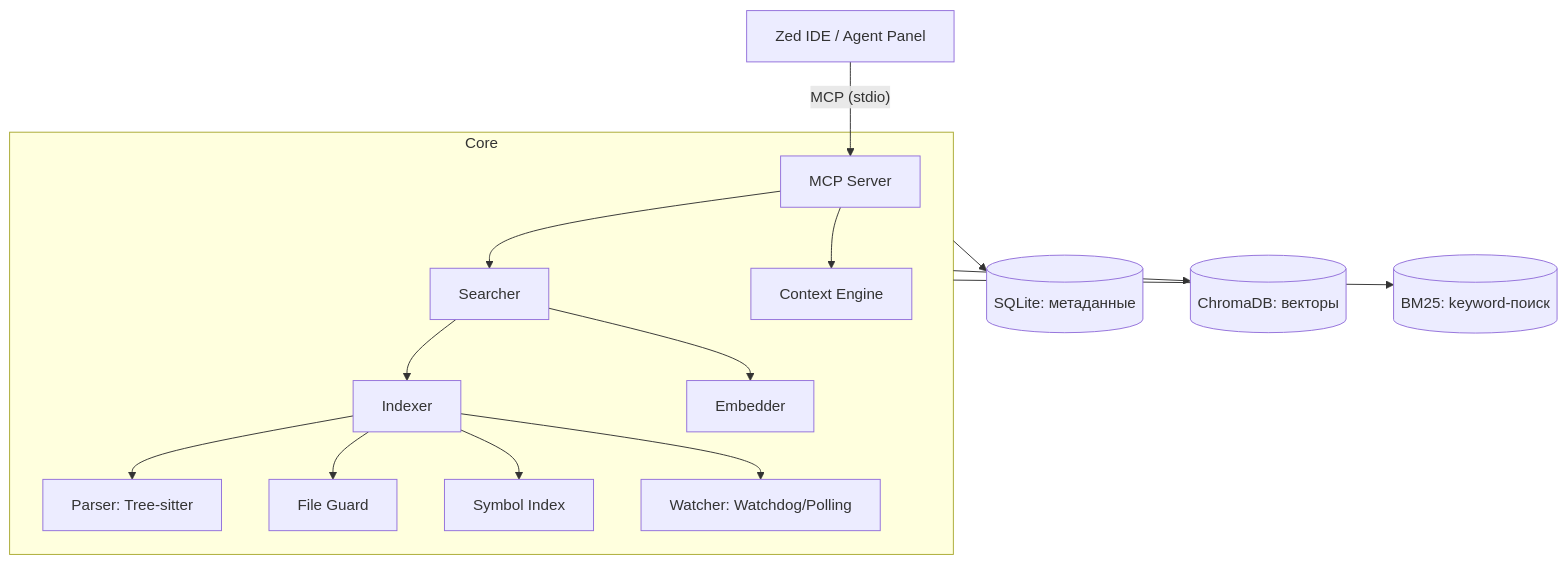
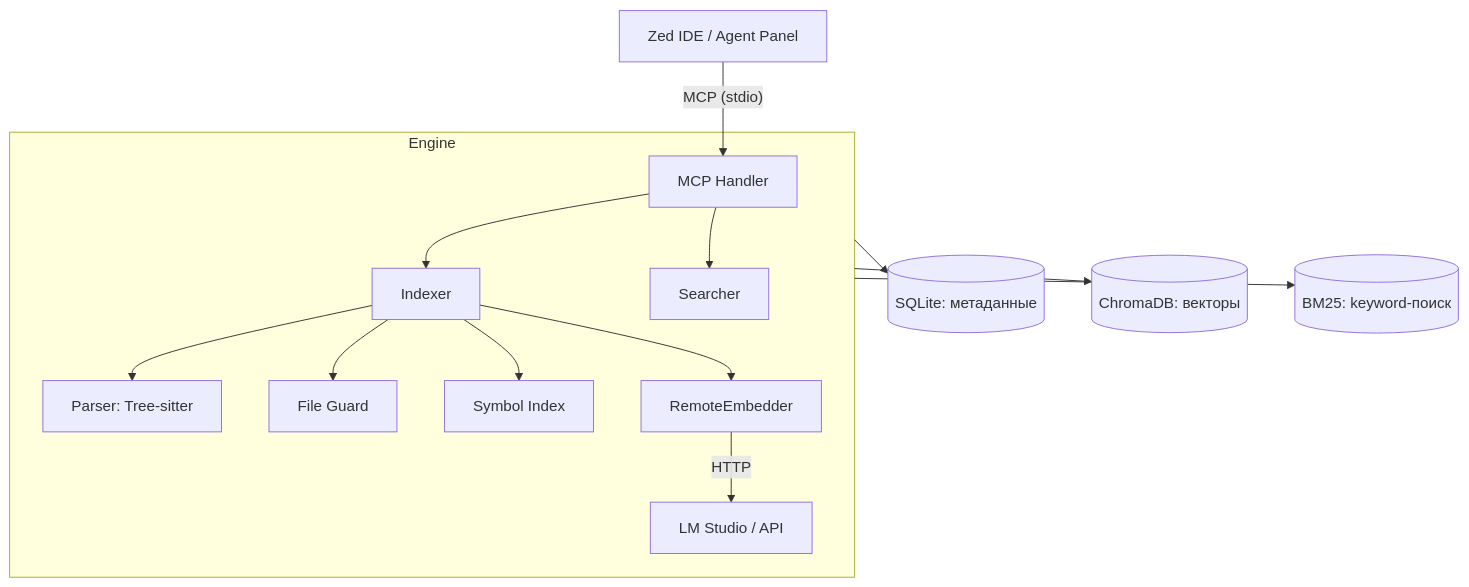
Before and after one commit to ManSio/mscodebase-intelligence: the diagram in README.md, drawn with Mermaid. The commit also changed other lines of this file and 2 other files, not shown here.

Commit message:
v1.1.0: RemoteEmbedder + LM Studio integration, CHANGELOG, bugfixes

````diff
--- a/README.md
+++ b/README.md
@@ -76,17 +87,16 @@
 ```mermaid
 graph TD
-    Zed[Zed IDE / Agent Panel] -- MCP (stdio) --> MCP[MCP Server]
-    subgraph Core
-        MCP --> Searcher[Searcher]
-        MCP --> Context[Context Engine]
-        Searcher --> Indexer[Indexer]
-        Searcher --> Embedder[Embedder]
+    Zed[Zed IDE / Agent Panel] -- MCP (stdio) --> Handler[MCP Handler]
+    subgraph Engine
+        Handler --> Indexer[Indexer]
+        Handler --> Searcher[Searcher]
         Indexer --> Parser[Parser: Tree-sitter]
         Indexer --> FileGuard[File Guard]
         Indexer --> SymbolIdx[Symbol Index]
-        Indexer --> Watcher[Watcher: Watchdog/Polling]
+        Indexer --> RemoteEmbedder[RemoteEmbedder]
+        RemoteEmbedder -- HTTP --> LMStudio[LM Studio / API]
     end
-    Core --> SQLite[(SQLite: метаданные)]
-    Core --> Chroma[(ChromaDB: векторы)]
-    Core --> BM25[(BM25: keyword-поиск)]
+    Engine --> SQLite[(SQLite: метаданные)]
+    Engine --> Chroma[(ChromaDB: векторы)]
+    Engine --> BM25[(BM25: keyword-поиск)]
 ```
````
